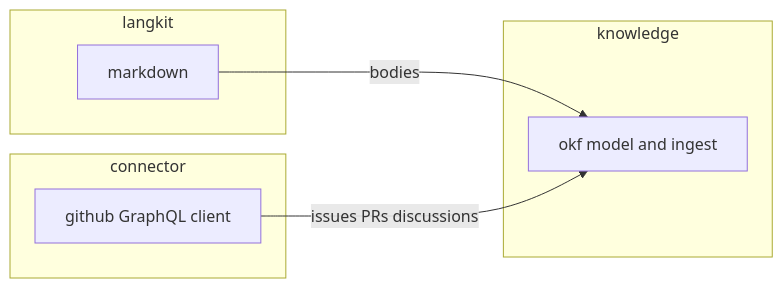
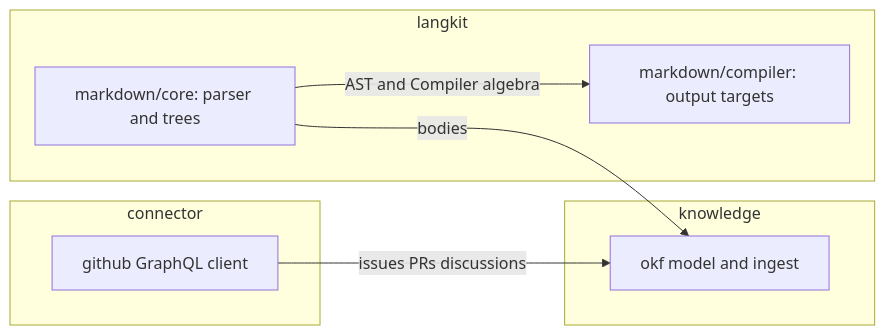
Before and after one commit to finos/morphir-scala: the diagram in kb/bundles/morphir/morphir-scala/design/published-library-families.md, drawn with Mermaid. The commit also changed other lines of this file and 5 other files, not shown here.

````diff
--- a/kb/bundles/morphir/morphir-scala/design/published-library-families.md
+++ b/kb/bundles/morphir/morphir-scala/design/published-library-families.md
@@ -14,14 +14,16 @@
 ```mermaid
 flowchart LR
   subgraph connectorFam [connector]
     gh["github GraphQL client"]
   end
   subgraph langkitFam [langkit]
-    md["markdown"]
+    mdCore["markdown/core: parser and trees"]
+    mdCompiler["markdown/compiler: output targets"]
   end
   subgraph knowledgeFam [knowledge]
     okf["okf model and ingest"]
   end
-  md -->|"bodies"| okf
+  mdCore -->|"AST and Compiler algebra"| mdCompiler
+  mdCore -->|"bodies"| okf
   gh -->|"issues PRs discussions"| okf
 ```
````
